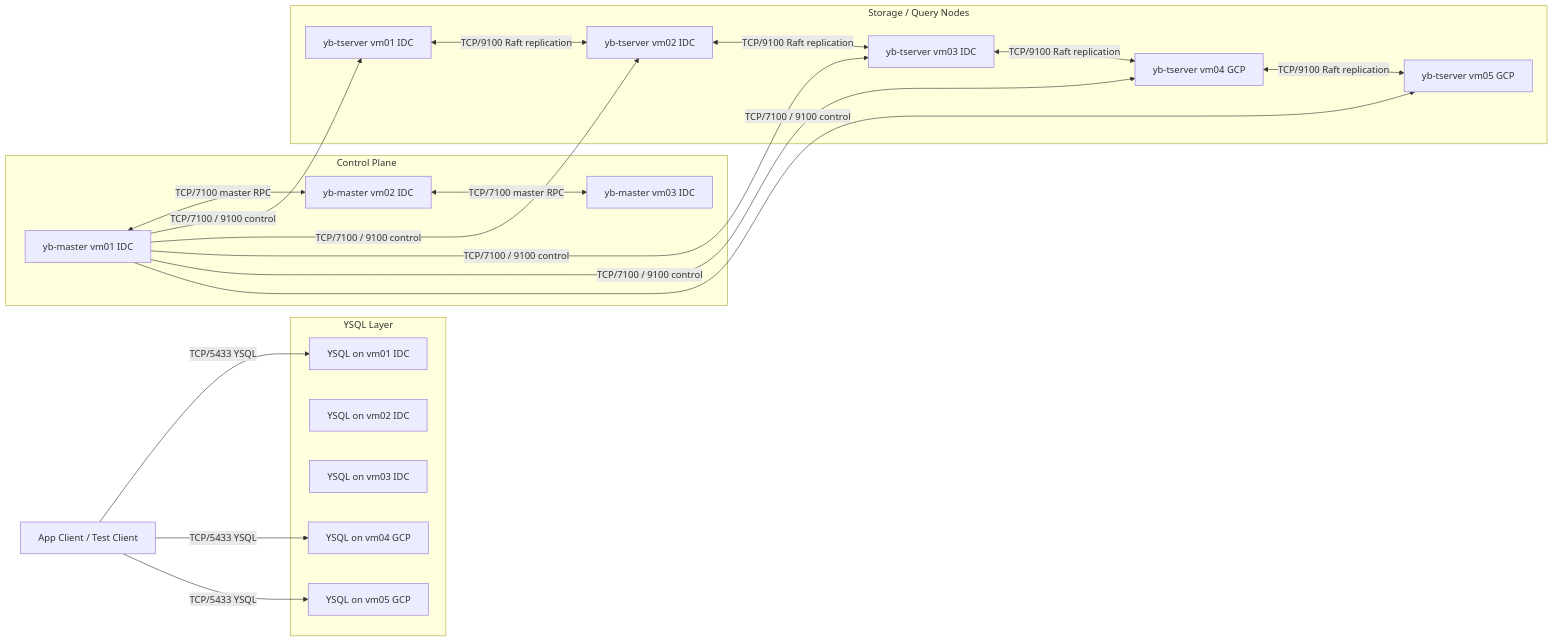
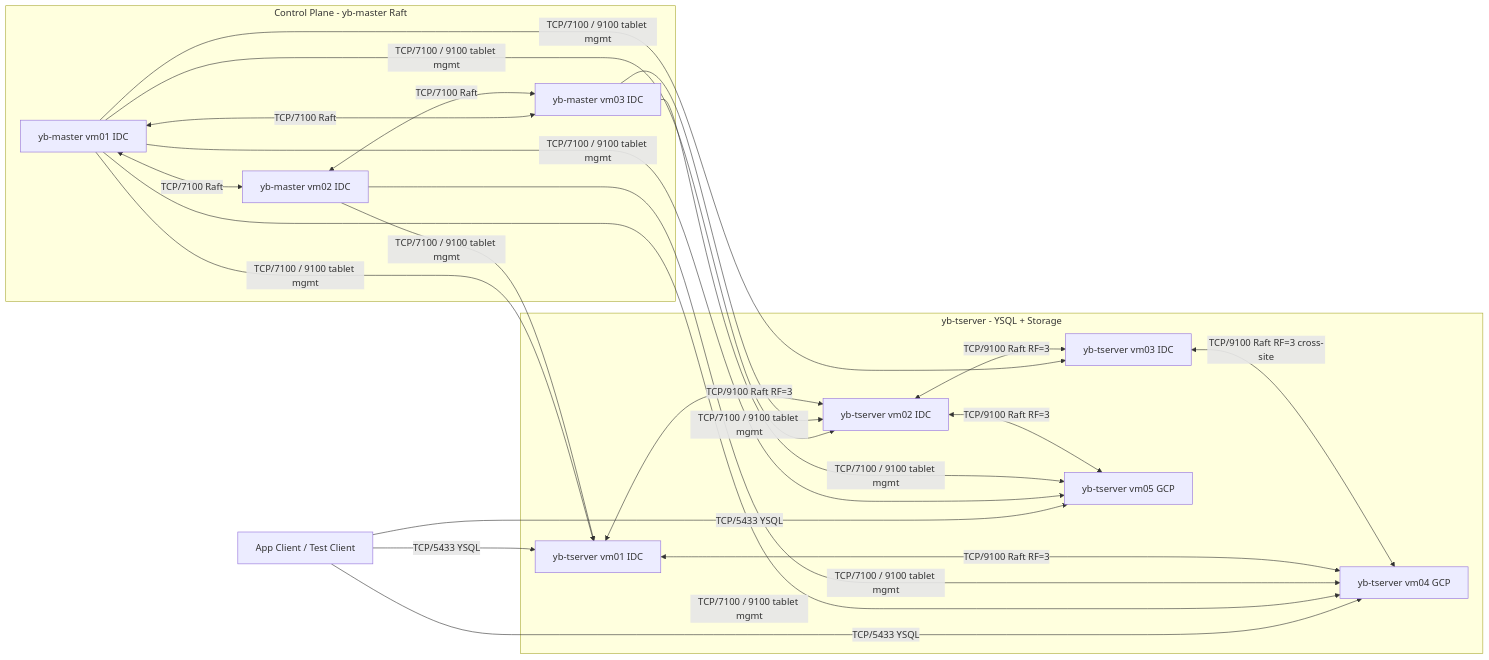
Before and after one commit to heavenruler/dba_career: the first of 2 diagrams in poc/0_projectFor104/docs/architecture/yugabytedb.md, drawn with Mermaid. The commit also changed other lines of this file and 1 other file, not shown here.

Commit message:
refactor architecture

````diff
--- a/poc/0_projectFor104/docs/architecture/yugabytedb.md
+++ b/poc/0_projectFor104/docs/architecture/yugabytedb.md
@@ -5,44 +5,42 @@
 ```mermaid
 flowchart LR
     C1[App Client / Test Client]
 
-    subgraph API[YSQL Layer]
-        Y1[YSQL on vm01 IDC]
-        Y2[YSQL on vm02 IDC]
-        Y3[YSQL on vm03 IDC]
-        Y4[YSQL on vm04 GCP]
-        Y5[YSQL on vm05 GCP]
-    end
-
-    subgraph MASTER[Control Plane]
+    subgraph MASTER[Control Plane - yb-master Raft]
         M1[yb-master vm01 IDC]
         M2[yb-master vm02 IDC]
         M3[yb-master vm03 IDC]
     end
 
-    subgraph TSERVER[Storage / Query Nodes]
+    subgraph TSERVER[yb-tserver - YSQL + Storage]
         S1[yb-tserver vm01 IDC]
         S2[yb-tserver vm02 IDC]
         S3[yb-tserver vm03 IDC]
         S4[yb-tserver vm04 GCP]
         S5[yb-tserver vm05 GCP]
     end
 
-    C1 -->|TCP/5433 YSQL| Y1
-    C1 -->|TCP/5433 YSQL| Y4
-    C1 -->|TCP/5433 YSQL| Y5
+    C1 -->|TCP/5433 YSQL| S1
+    C1 -->|TCP/5433 YSQL| S4
+    C1 -->|TCP/5433 YSQL| S5
 
-    M1 <-->|TCP/7100 master RPC| M2
-    M2 <-->|TCP/7100 master RPC| M3
+    M1 <-->|TCP/7100 Raft| M2
+    M1 <-->|TCP/7100 Raft| M3
+    M2 <-->|TCP/7100 Raft| M3
 
-    M1 -->|TCP/7100 / 9100 control| S1
-    M1 -->|TCP/7100 / 9100 control| S2
-    M1 -->|TCP/7100 / 9100 control| S3
-    M1 -->|TCP/7100 / 9100 control| S4
-    M1 -->|TCP/7100 / 9100 control| S5
+    M1 -->|TCP/7100 / 9100 tablet mgmt| S1
+    M1 -->|TCP/7100 / 9100 tablet mgmt| S2
+    M1 -->|TCP/7100 / 9100 tablet mgmt| S3
+    M1 -->|TCP/7100 / 9100 tablet mgmt| S4
+    M1 -->|TCP/7100 / 9100 tablet mgmt| S5
+    M2 -->|TCP/7100 / 9100 tablet mgmt| S1
+    M2 -->|TCP/7100 / 9100 tablet mgmt| S4
+    M3 -->|TCP/7100 / 9100 tablet mgmt| S2
+    M3 -->|TCP/7100 / 9100 tablet mgmt| S5
 
-    S1 <-->|TCP/9100 Raft replication| S2
-    S2 <-->|TCP/9100 Raft replication| S3
-    S3 <-->|TCP/9100 Raft replication| S4
-    S4 <-->|TCP/9100 Raft replication| S5
+    S1 <-->|TCP/9100 Raft RF=3| S2
+    S1 <-->|TCP/9100 Raft RF=3| S4
+    S2 <-->|TCP/9100 Raft RF=3| S3
+    S2 <-->|TCP/9100 Raft RF=3| S5
+    S3 <-->|TCP/9100 Raft RF=3 cross-site| S4
 ```
````
